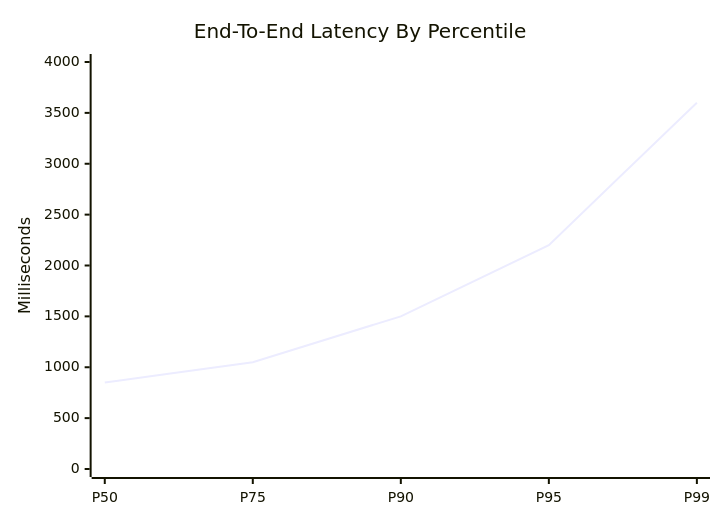
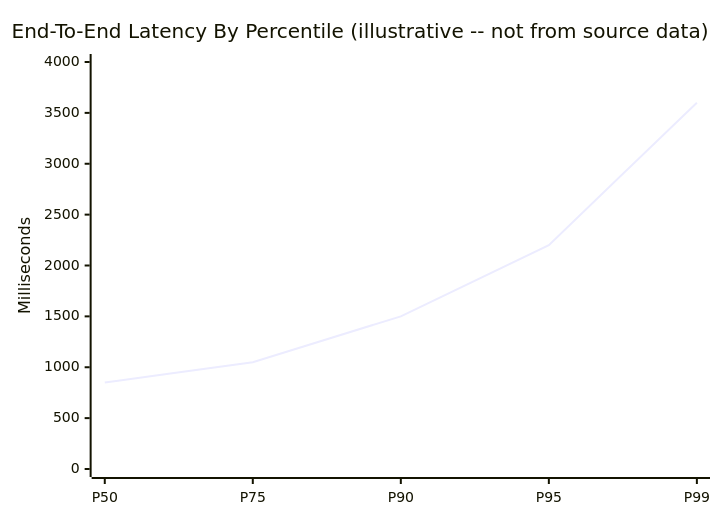
One commit to emilwareus/addcommitpush.io changed the first of 2 diagrams in presentations/voice-agents/research/insights/INSIGHT_08_voice_agent_eval_needs_multiple_metrics.md. Above: the diagram before and after it, drawn with Mermaid. The commit also changed other lines of this file and 20 other files, not shown here.

````diff
--- a/presentations/voice-agents/research/insights/INSIGHT_08_voice_agent_eval_needs_multiple_metrics.md
+++ b/presentations/voice-agents/research/insights/INSIGHT_08_voice_agent_eval_needs_multiple_metrics.md
@@ -128,7 +247,7 @@
 ```mermaid
 xychart-beta
-  title "End-To-End Latency By Percentile"
+  title "End-To-End Latency By Percentile (illustrative -- not from source data)"
   x-axis ["P50", "P75", "P90", "P95", "P99"]
   y-axis "Milliseconds" 0 --> 4000
   line [850, 1050, 1500, 2200, 3600]
 ```
````
